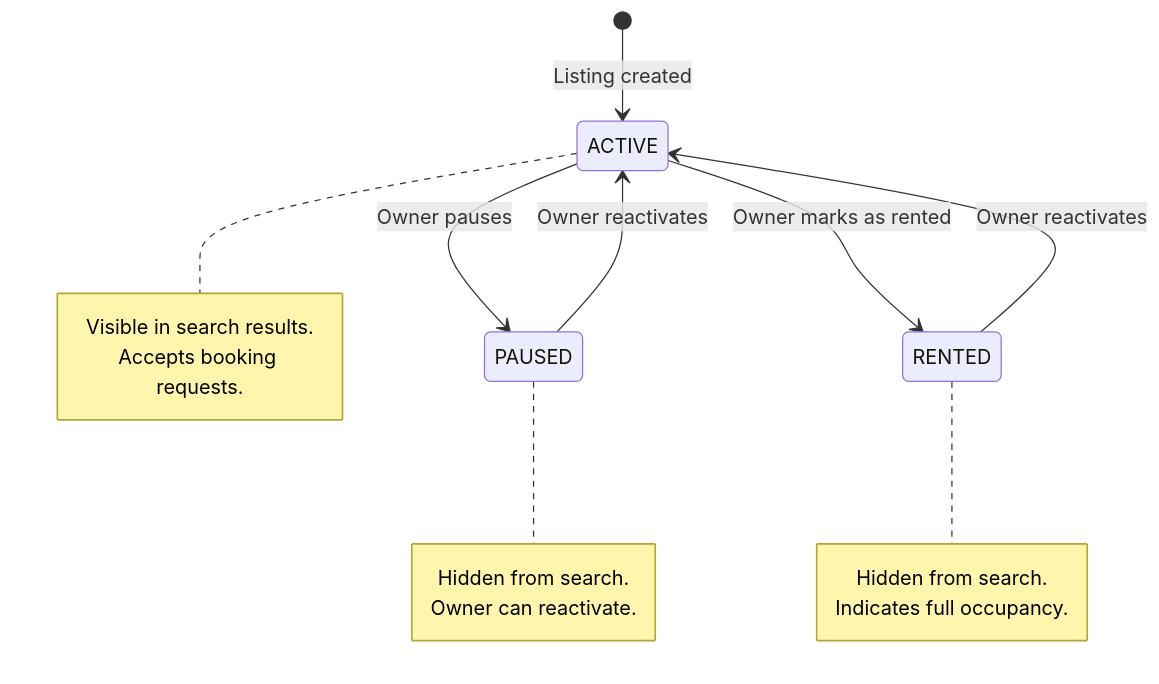
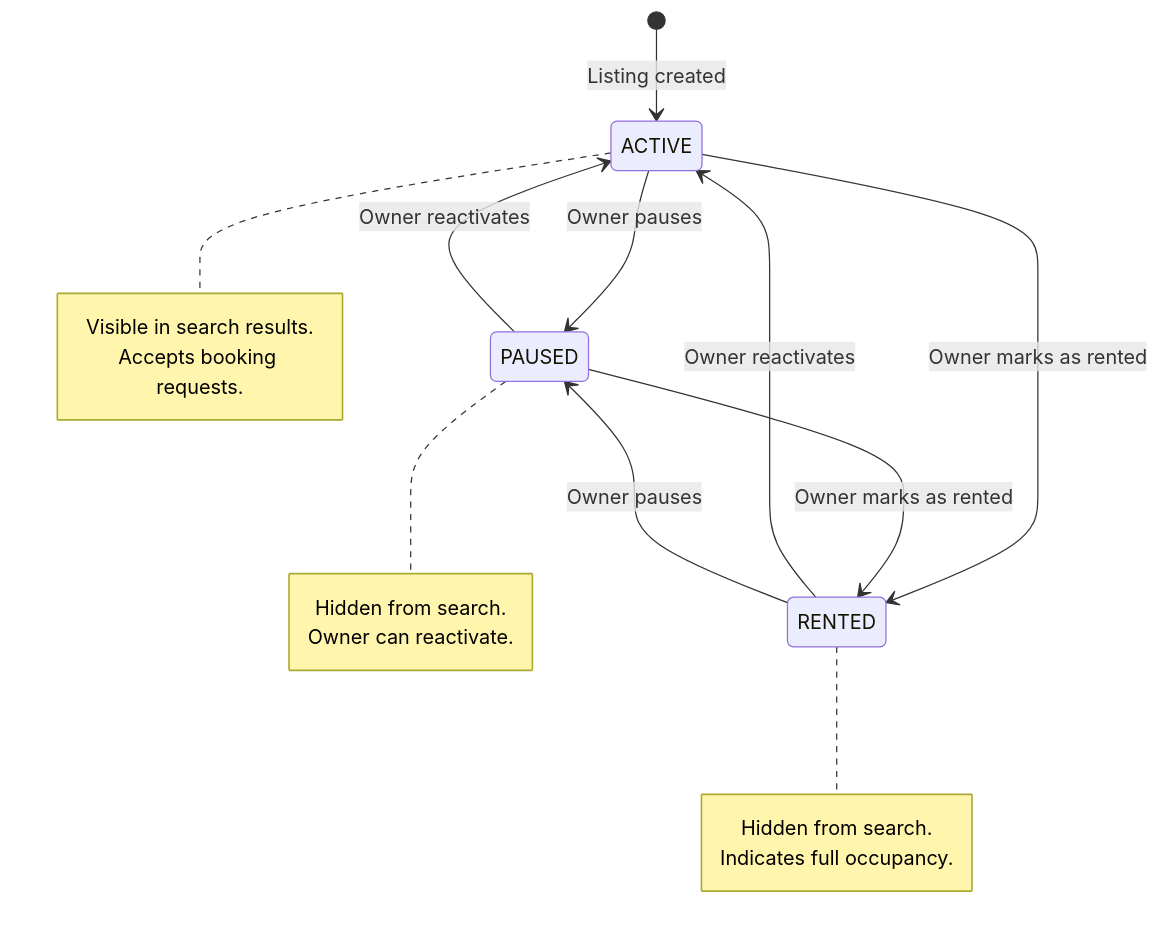
The second of 4 diagrams in docs/STATE_MACHINES.md (Suryateja-byte/Roomshare), drawn with Mermaid before and after one commit. The commit also changed other lines of this file and 10 other files, not shown here.

````diff
--- a/docs/STATE_MACHINES.md
+++ b/docs/STATE_MACHINES.md
@@ -132,26 +132,28 @@
 ```mermaid
 stateDiagram-v2
     [*] --> ACTIVE: Listing created
 
     ACTIVE --> PAUSED: Owner pauses
     ACTIVE --> RENTED: Owner marks as rented
 
     PAUSED --> ACTIVE: Owner reactivates
+    PAUSED --> RENTED: Owner marks as rented
 
     RENTED --> ACTIVE: Owner reactivates
+    RENTED --> PAUSED: Owner pauses
 
     note right of ACTIVE
         Visible in search results.
         Accepts booking requests.
     end note
 
     note right of PAUSED
         Hidden from search.
         Owner can reactivate.
     end note
 
     note right of RENTED
         Hidden from search.
         Indicates full occupancy.
     end note
 ```
````
